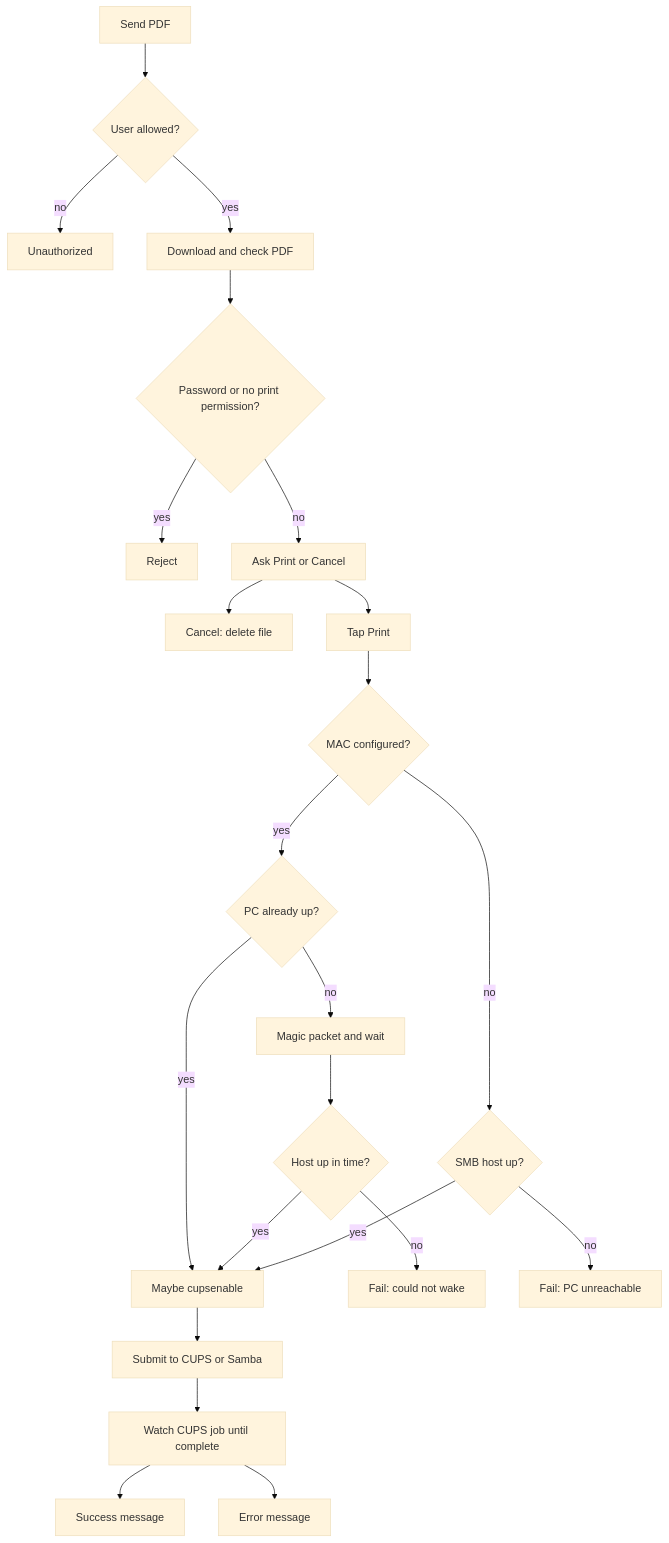
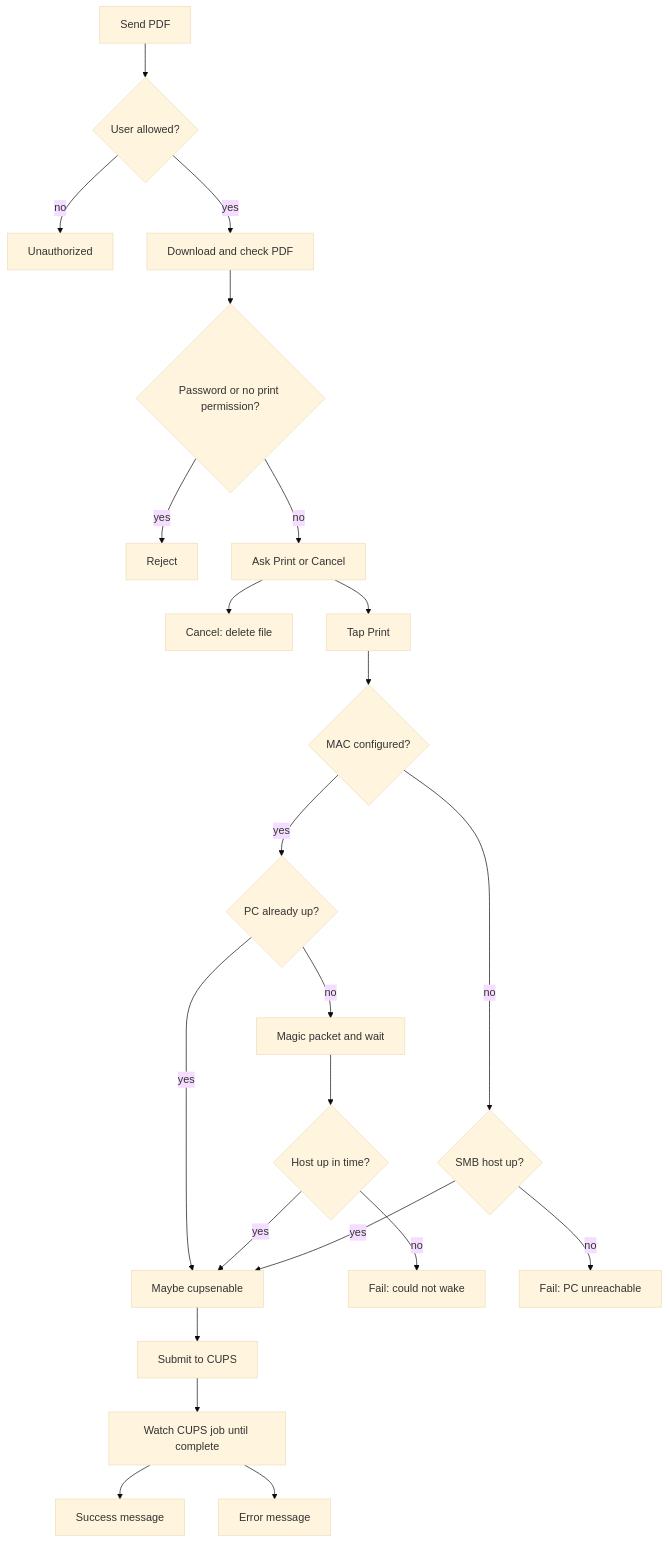
The diagram in README.md (albertominetti/telegram-print-bot), drawn with Mermaid (base theme) before and after one commit. The commit also changed other lines of this file and 3 other files, not shown here.

````diff
--- a/README.md
+++ b/README.md
@@ -164,25 +135,25 @@
 ```mermaid
 flowchart TD
   send[Send PDF] --> auth{User allowed?}
   auth -->|no| unauth[Unauthorized]
   auth -->|yes| dl[Download and check PDF]
   dl --> blocked{Password or no print permission?}
   blocked -->|yes| reject[Reject]
   blocked -->|no| ask[Ask Print or Cancel]
   ask --> cancel[Cancel: delete file]
   ask --> confirm[Tap Print]
   confirm --> wol{MAC configured?}
   wol -->|no| host{SMB host up?}
   wol -->|yes| up{PC already up?}
   up -->|yes| recover[Maybe cupsenable]
   up -->|no| packet[Magic packet and wait]
   packet --> woke{Host up in time?}
   woke -->|no| failWake[Fail: could not wake]
   woke -->|yes| recover
   host -->|no| failHost[Fail: PC unreachable]
   host -->|yes| recover
-  recover --> cups[Submit to CUPS or Samba]
+  recover --> cups[Submit to CUPS]
   cups --> watch[Watch CUPS job until complete]
   watch --> ok[Success message]
   watch --> fail[Error message]
 ```
````
